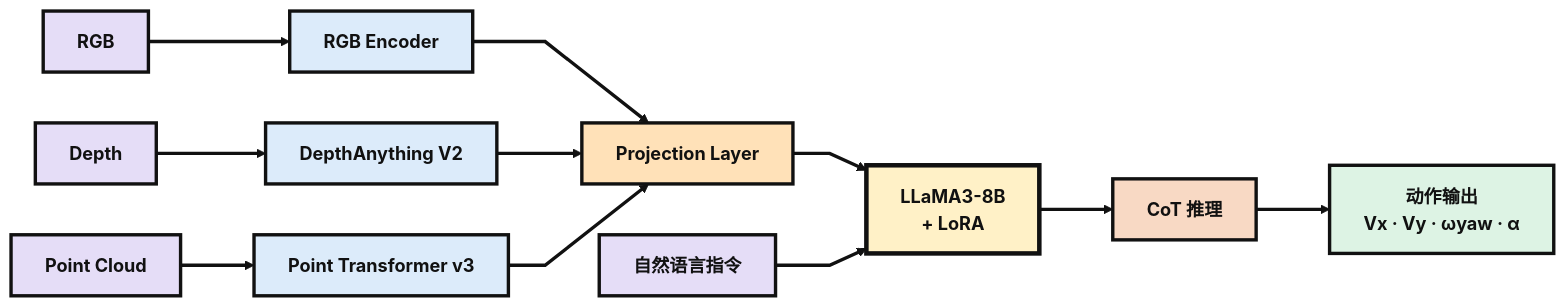
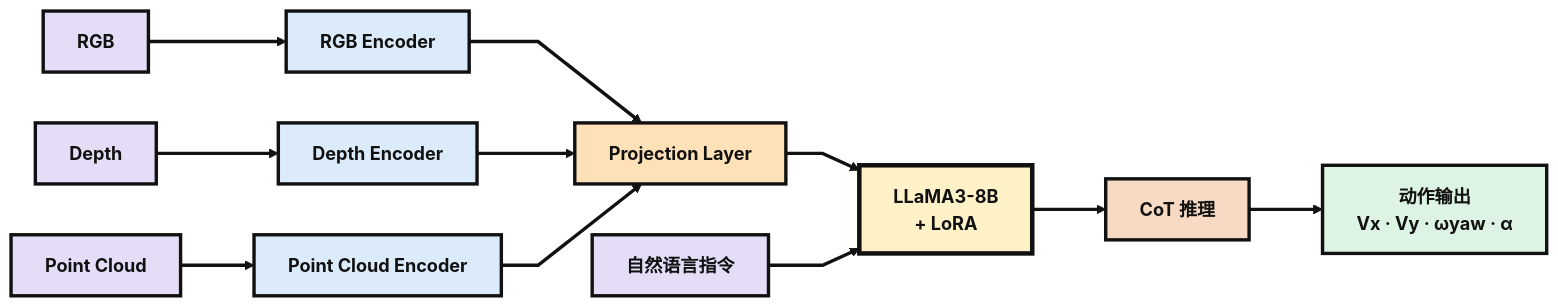
One commit to jiashun-ye/zh-blog changed the fourth of 11 diagrams in source/_posts/一卷新书入浅秋：2026-08.md. Above: the diagram before and after it, drawn with Mermaid. The commit also changed other lines of this file, not shown here.

````diff
--- a/source/_posts/一卷新书入浅秋：2026-08.md
+++ b/source/_posts/一卷新书入浅秋：2026-08.md
@@ -207,58 +207,58 @@
 ```mermaid
 %%{init: {
   "theme": "base",
   "flowchart": {
     "curve": "linear",
     "nodeSpacing": 45,
     "rankSpacing": 65
   }
 }}%%
 
 flowchart LR
 
     T["自然语言指令"]
     RGB["RGB"]
     D["Depth"]
     P["Point Cloud"]
 
     RE["RGB Encoder"]
-    DE["DepthAnything V2"]
-    PE["Point Transformer v3"]
+    DE["Depth Encoder"]
+    PE["Point Cloud Encoder"]
 
     PROJ["Projection Layer"]
     LLM["LLaMA3-8B<br/>+ LoRA"]
 
     COT["CoT 推理"]
     A["动作输出<br/>Vx · Vy · ωyaw · α"]
 
     RGB --> RE
     D --> DE
     P --> PE
 
     RE --> PROJ
     DE --> PROJ
     PE --> PROJ
 
     PROJ --> LLM
     T --> LLM
 
     LLM --> COT
     COT --> A
 
     classDef input fill:#E5DDF7,stroke:#111111,stroke-width:3px,color:#111111,font-weight:bold;
     classDef encoder fill:#DCEBFA,stroke:#111111,stroke-width:3px,color:#111111,font-weight:bold;
     classDef projector fill:#FFE1B8,stroke:#111111,stroke-width:3px,color:#111111,font-weight:bold;
     classDef llm fill:#FFF1C7,stroke:#111111,stroke-width:4px,color:#111111,font-weight:bold;
     classDef cot fill:#F8D9C4,stroke:#111111,stroke-width:3px,color:#111111,font-weight:bold;
     classDef action fill:#DDF3E4,stroke:#111111,stroke-width:3px,color:#111111,font-weight:bold;
 
     class T,RGB,D,P input;
     class RE,DE,PE encoder;
     class PROJ projector;
     class LLM llm;
     class COT cot;
     class A action;
 
     linkStyle default stroke:#111111,stroke-width:3px;
 
 ```
````
